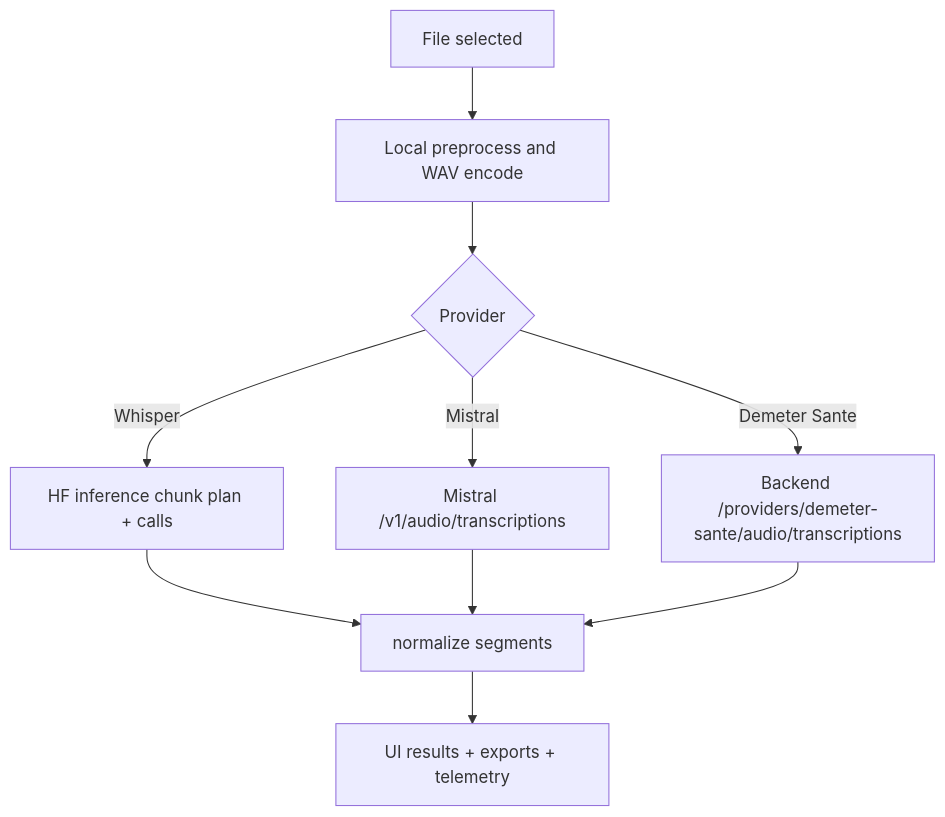
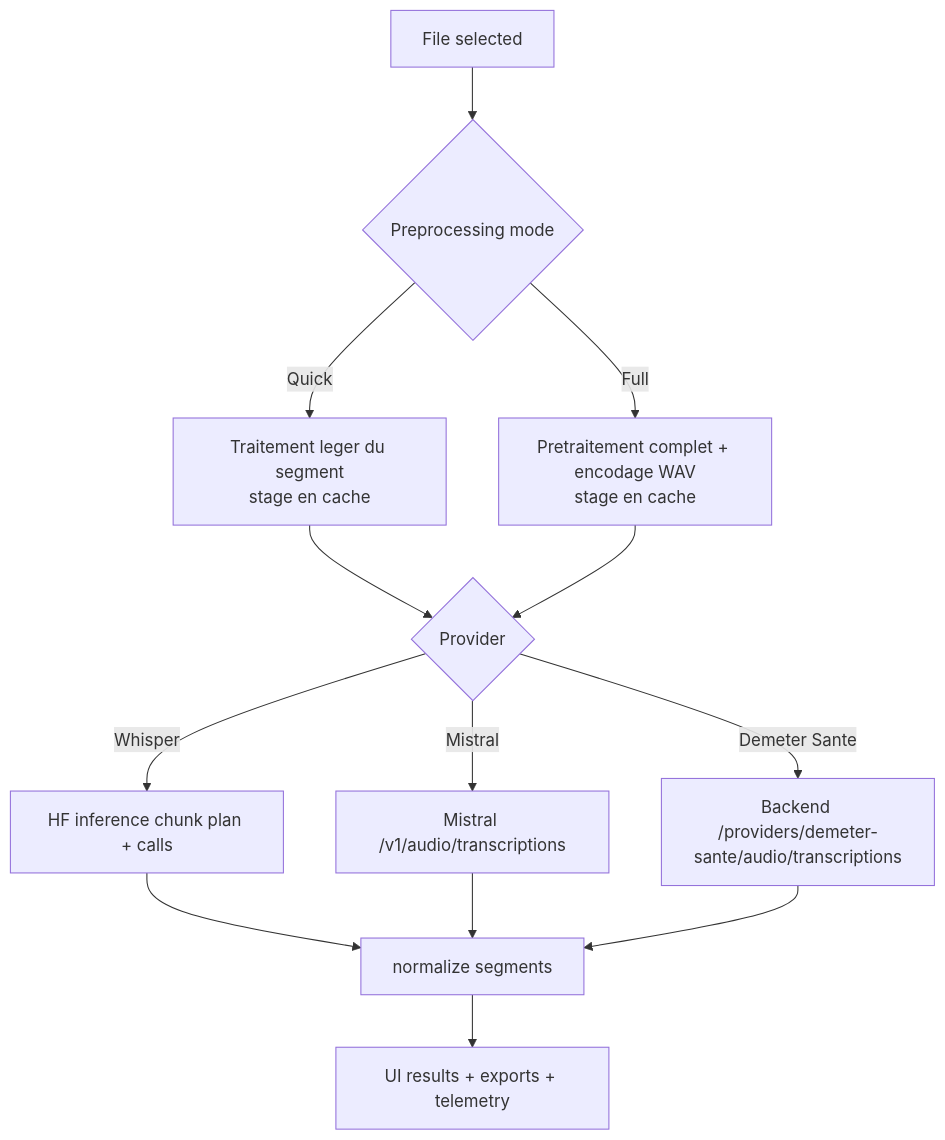
Before and after one commit to imperialsun/Demeter_CR: the diagram in docs/fr/cloud-transcription.md, drawn with Mermaid. The commit also changed other lines of this file and 27 other files, not shown here.

````diff
--- a/docs/fr/cloud-transcription.md
+++ b/docs/fr/cloud-transcription.md
@@ -27,12 +28,15 @@
 ```mermaid
 flowchart TD
-    A[File selected] --> B[Local preprocess and WAV encode]
-    B --> C{Provider}
-    C -->|Whisper| D[HF inference chunk plan + calls]
-    C -->|Mistral| E[Mistral /v1/audio/transcriptions]
-    C -->|Demeter Sante| F[Backend /providers/demeter-sante/audio/transcriptions]
-    D --> G[normalize segments]
-    E --> G
-    F --> G
-    G --> H[UI results + exports + telemetry]
+    A[File selected] --> B{Preprocessing mode}
+    B -->|Quick| C[Traitement leger du segment<br/>stage en cache]
+    B -->|Full| D[Pretraitement complet + encodage WAV<br/>stage en cache]
+    C --> E{Provider}
+    D --> E
+    E -->|Whisper| F[HF inference chunk plan + calls]
+    E -->|Mistral| G[Mistral /v1/audio/transcriptions]
+    E -->|Demeter Sante| H[Backend /providers/demeter-sante/audio/transcriptions]
+    F --> I[normalize segments]
+    G --> I
+    H --> I
+    I --> J[UI results + exports + telemetry]
 ```
````
